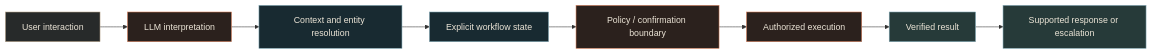
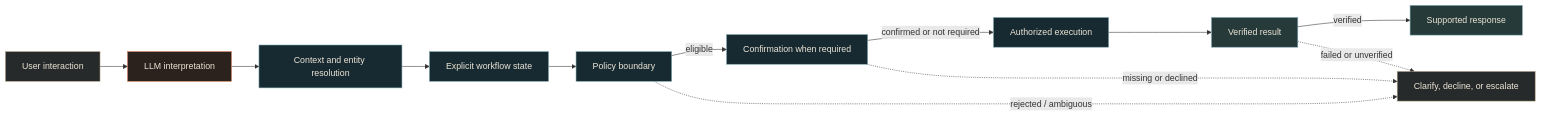
The diagram in docs/diagrams/policy-governed-agents-architecture.mmd (DavidNavarroSaiz/davidnavarro.github.io), drawn with Mermaid before and after one commit. The commit also changed 12 other files, not shown here.

```diff
--- a/docs/diagrams/policy-governed-agents-architecture.mmd
+++ b/docs/diagrams/policy-governed-agents-architecture.mmd
@@ -1,21 +1,27 @@
 %% Policy-governed AI agents — publication-safe logical architecture
 %% This separates model-assisted interpretation from deterministic operational control.
 flowchart LR
     U[User interaction] --> L[LLM interpretation]
     L --> C[Context and entity resolution]
     C --> S[Explicit workflow state]
-    S --> P[Policy / confirmation boundary]
-    P --> X[Authorized execution]
+    S --> P[Policy boundary]
+    P -->|eligible| Q[Confirmation when required]
+    P -. rejected / ambiguous .-> F[Clarify, decline, or escalate]
+    Q -->|confirmed or not required| X[Authorized execution]
+    Q -. missing or declined .-> F
     X --> V[Verified result]
-    V --> R[Supported response or escalation]
+    V -->|verified| R[Supported response]
+    V -. failed or unverified .-> F
 
     classDef controlled fill:#272A2A,stroke:#B8A58C,color:#ECE5D7
     classDef reasoning fill:#2B211D,stroke:#D67B56,color:#ECE5D7
     classDef state fill:#182A31,stroke:#7FA7B4,color:#ECE5D7
     classDef outcome fill:#263A39,stroke:#7FA7B4,color:#ECE5D7
+    classDef fallback fill:#272A2A,stroke:#B8A58C,color:#ECE5D7
 
     class U controlled
     class L reasoning
     class C,S state
-    class P,X reasoning
+    class P,Q,X state
     class V,R outcome
+    class F fallback
```
